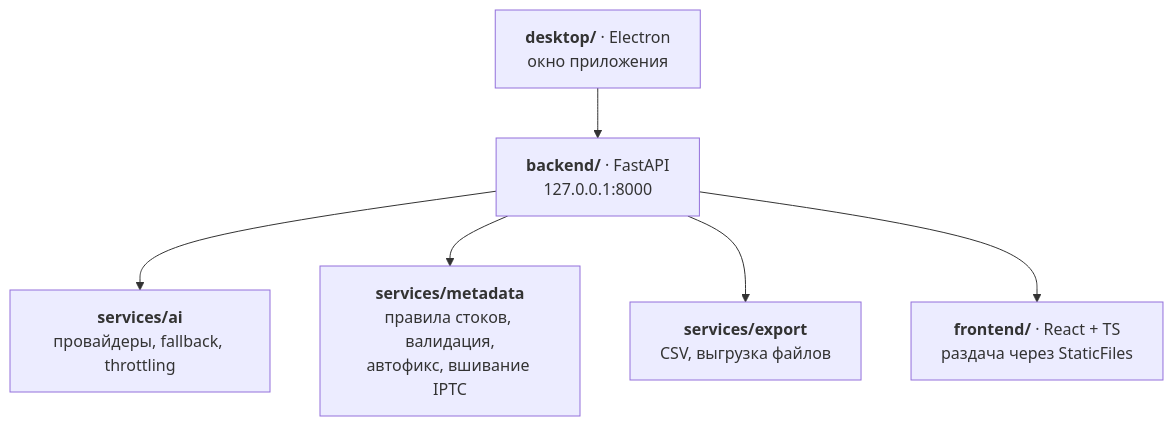
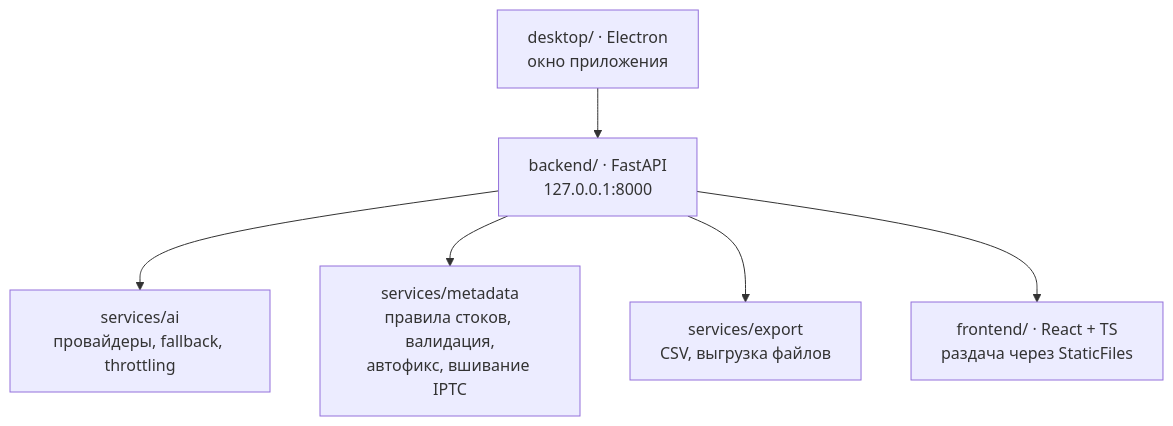
Before and after one commit to SlavaKlkv/photo_metadata_ai: the diagram in README.md, drawn with Mermaid.

````diff
--- a/README.md
+++ b/README.md
@@ -66,16 +66,9 @@
 ```mermaid
 flowchart TB
-  E["`**desktop/** · Electron
-окно приложения`"] --> B["`**backend/** · FastAPI
-127.0.0.1:8000`"]
+  E["desktop/ · Electron<br/>окно приложения"] --> B["backend/ · FastAPI<br/>127.0.0.1:8000"]
 
-  B --> AI["`**services/ai**
-провайдеры, fallback, throttling`"]
-  B --> META["`**services/metadata**
-правила стоков, валидация,
-автофикс, вшивание IPTC`"]
-  B --> EXP["`**services/export**
-CSV, выгрузка файлов`"]
-  B --> UI["`**frontend/** · React + TS
-раздача через StaticFiles`"]
+  B --> AI["services/ai<br/>провайдеры, fallback, throttling"]
+  B --> META["services/metadata<br/>правила стоков, валидация,<br/>автофикс, вшивание IPTC"]
+  B --> EXP["services/export<br/>CSV, выгрузка файлов"]
+  B --> UI["frontend/ · React + TS<br/>раздача через StaticFiles"]
 ```
````
